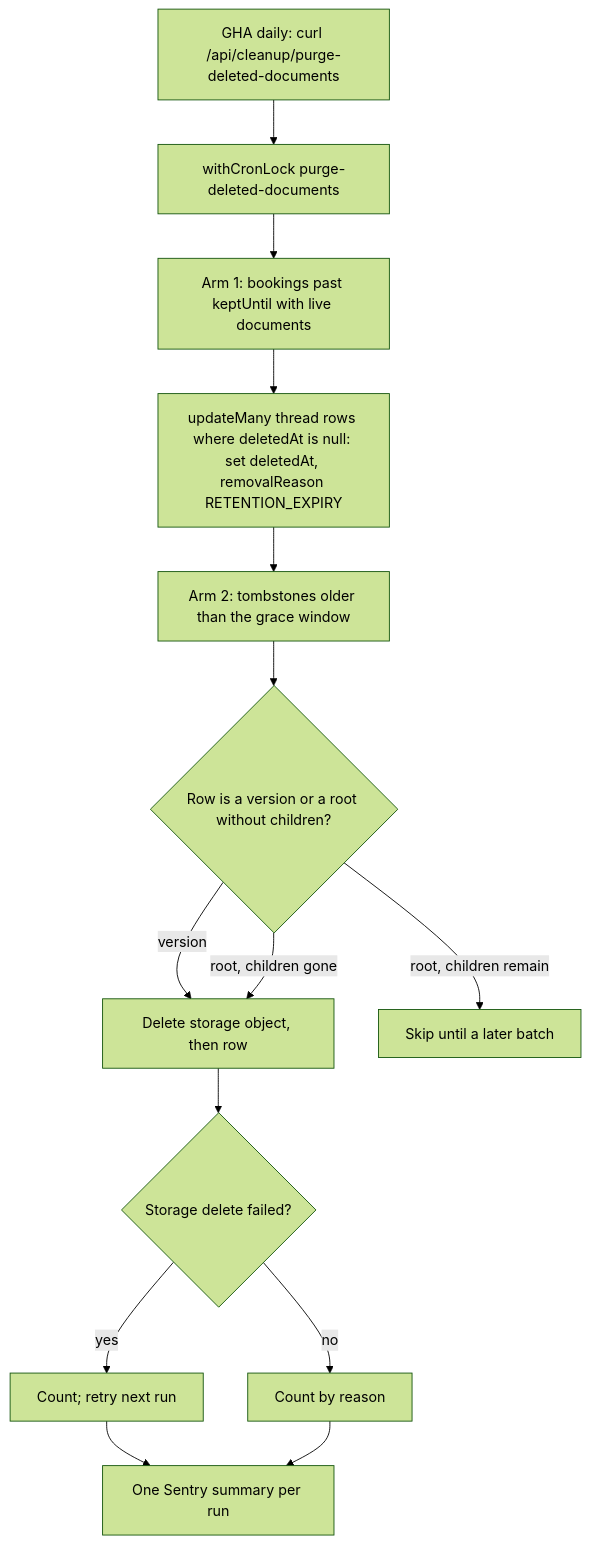
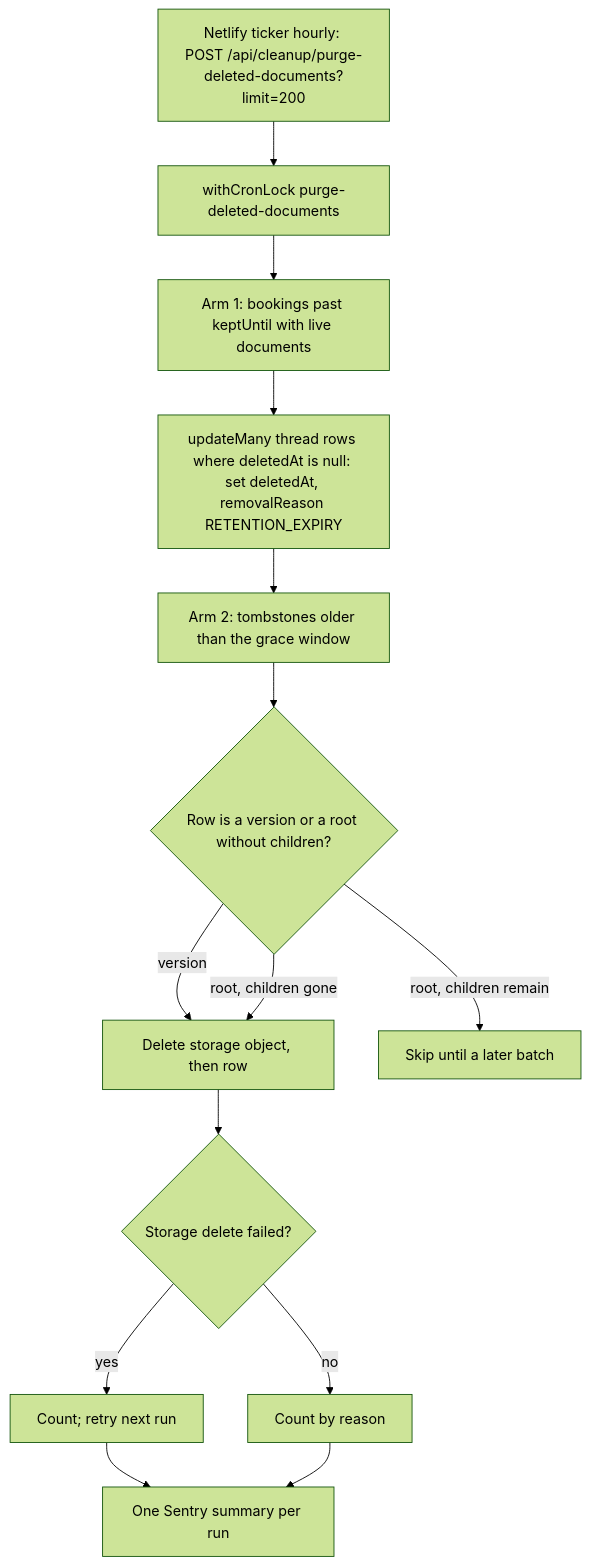
Before and after one commit to Practitionist/familiarise_web: the second of 5 diagrams in docs/documents/README.md, drawn with Mermaid (forest theme). The commit also changed other lines of this file and 6 other files, not shown here.

````diff
--- a/docs/documents/README.md
+++ b/docs/documents/README.md
@@ -168,16 +170,16 @@
 ```mermaid
 flowchart TD
-  A[GHA daily: curl /api/cleanup/purge-deleted-documents] --> B[withCronLock purge-deleted-documents]
+  A[Netlify ticker hourly: POST /api/cleanup/purge-deleted-documents?limit=200] --> B[withCronLock purge-deleted-documents]
   B --> C[Arm 1: bookings past keptUntil with live documents]
   C --> D[updateMany thread rows where deletedAt is null: set deletedAt, removalReason RETENTION_EXPIRY]
   D --> E[Arm 2: tombstones older than the grace window]
   E --> F{Row is a version or a root without children?}
   F -- version --> G[Delete storage object, then row]
   F -- root, children gone --> G
   F -- root, children remain --> H[Skip until a later batch]
   G --> I{Storage delete failed?}
   I -- yes --> J[Count; retry next run]
   I -- no --> K[Count by reason]
   J --> L[One Sentry summary per run]
   K --> L
 ```
````
